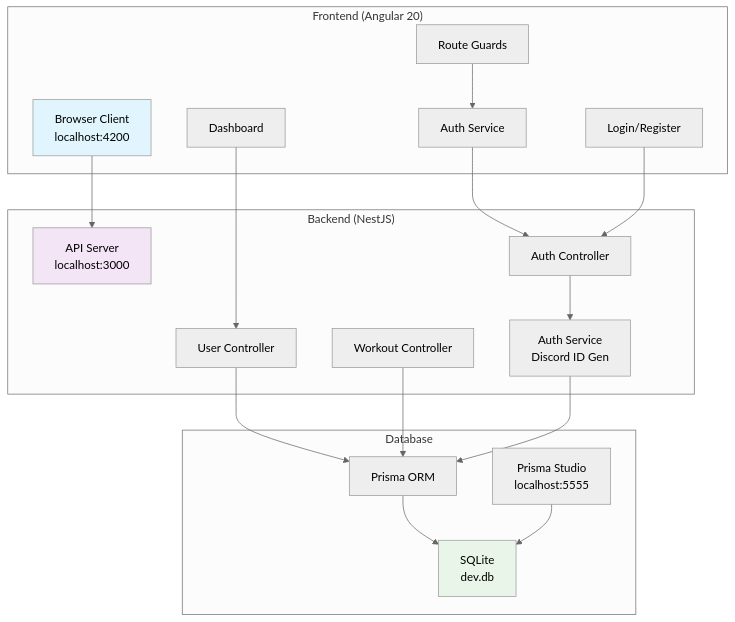
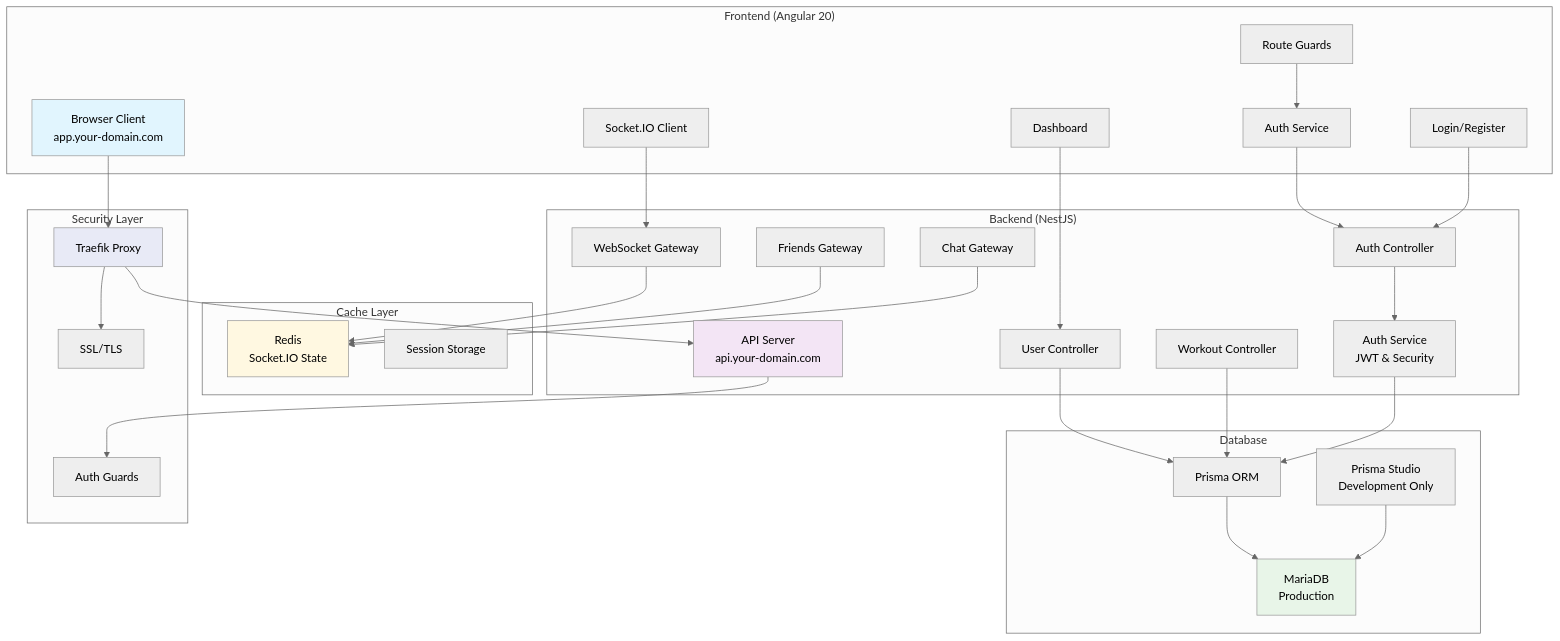
One commit to KevDef1010/Discordgym- changed the first of 4 diagrams in ARCHITECTURE-DIAGRAM.md. Above: the diagram before and after it, drawn with Mermaid (neutral theme). The commit also changed other lines of this file and 60 other files, not shown here.

First line of the commit message:
feat(architecture): Modernisierte Serverarchitektur und Deployment-Workflows

````diff
--- a/ARCHITECTURE-DIAGRAM.md
+++ b/ARCHITECTURE-DIAGRAM.md
@@ -5,40 +5,64 @@
 ```mermaid
 graph TB
     subgraph "Frontend (Angular 20)"
-        A[Browser Client<br/>localhost:4200]
+        A[Browser Client<br/>app.your-domain.com]
         B[Auth Service]
         C[Dashboard]
         D[Login/Register]
         E[Route Guards]
+        N[Socket.IO Client]
     end
     
     subgraph "Backend (NestJS)"
-        F[API Server<br/>localhost:3000]
+        F[API Server<br/>api.your-domain.com]
         G[Auth Controller]
         H[User Controller]
         I[Workout Controller]
-        J[Auth Service<br/>Discord ID Gen]
+        J[Auth Service<br/>JWT & Security]
+        O[WebSocket Gateway]
+        P[Friends Gateway]
+        Q[Chat Gateway]
+    end
+    
+    subgraph "Cache Layer"
+        R[Redis<br/>Socket.IO State]
+        S[Session Storage]
     end
     
     subgraph "Database"
-        K[SQLite<br/>dev.db]
+        K[MariaDB<br/>Production]
         L[Prisma ORM]
-        M[Prisma Studio<br/>localhost:5555]
+        M[Prisma Studio<br/>Development Only]
+    end
+
+    subgraph "Security Layer"
+        T[Traefik Proxy]
+        U[SSL/TLS]
+        V[Auth Guards]
     end
     
-    A --> F
+    A --> T
+    T --> F
     B --> G
     C --> H
     D --> G
     E --> B
     G --> J
     H --> L
     I --> L
     J --> L
+    N --> O
+    O --> R
+    P --> R
+    Q --> R
     L --> K
     M --> K
+    F --> V
+    T --> U
     
     style A fill:#e1f5fe
     style F fill:#f3e5f5
     style K fill:#e8f5e8
+    style R fill:#fff8e1
+    style T fill:#e8eaf6
 ```
````
